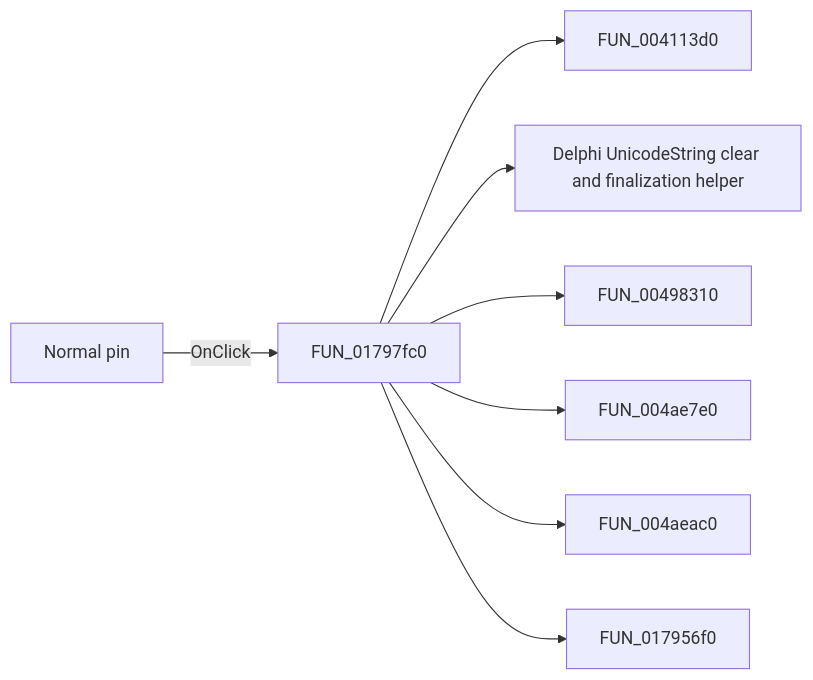
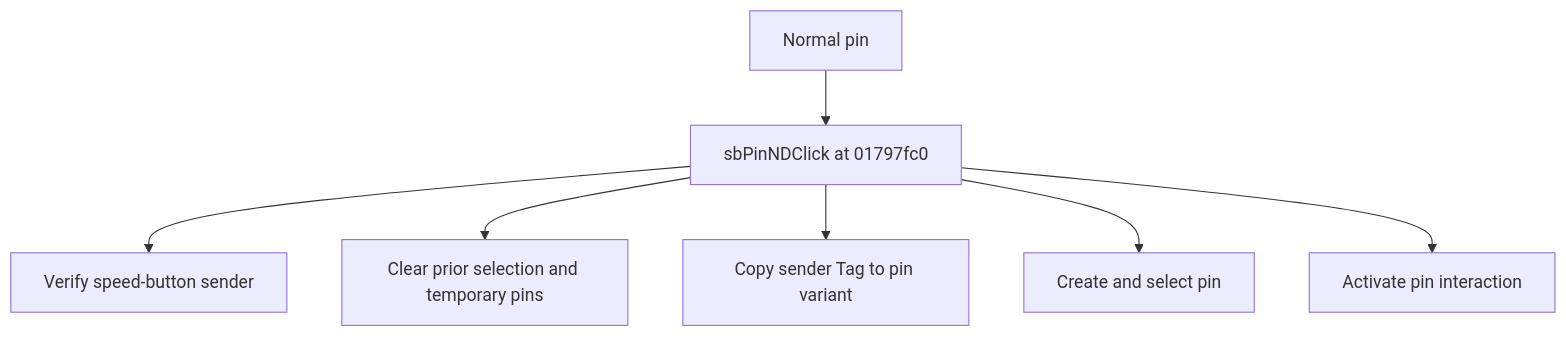
The diagram in docs/ui-controls/shapeedit/sbpinnn-fe1fb882b6.md (MovGP0/TIARA), drawn with Mermaid before and after one commit. The commit also changed other lines of this file and 1062 other files, not shown here.

````diff
--- a/docs/ui-controls/shapeedit/sbpinnn-fe1fb882b6.md
+++ b/docs/ui-controls/shapeedit/sbpinnn-fe1fb882b6.md
@@ -27,10 +27,9 @@
 ```mermaid
-flowchart LR
-    control["Normal pin"] -->|OnClick| handler["FUN_01797fc0"]
-    handler --> call1["FUN_004113d0"]
-    handler --> call2["Delphi UnicodeString clear and finalization helper"]
-    handler --> call3["FUN_00498310"]
-    handler --> call4["FUN_004ae7e0"]
-    handler --> call5["FUN_004aeac0"]
-    handler --> call6["FUN_017956f0"]
+flowchart TD
+    control["Normal pin"] --> handler["sbPinNDClick at 01797fc0"]
+    handler --> step1["Verify speed-button sender"]
+    handler --> step2["Clear prior selection and temporary pins"]
+    handler --> step3["Copy sender Tag to pin variant"]
+    handler --> step4["Create and select pin"]
+    handler --> step5["Activate pin interaction"]
 ```
````
